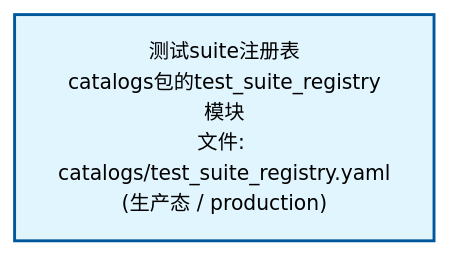
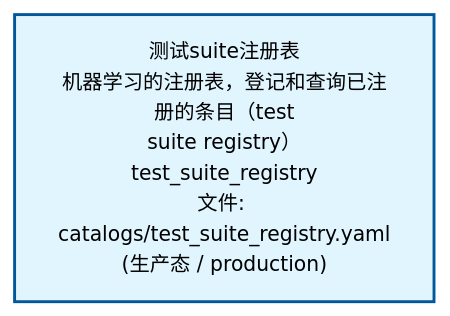
The second of 2 diagrams in docs/02_enterprise_architecture/02_domain_architecture_docs/33_d_audittest.md (xuanFelixVan/ZephyrAlpha), drawn with Mermaid before and after one commit. The commit also changed other lines of this file and 36 other files, not shown here.

````diff
--- a/docs/02_enterprise_architecture/02_domain_architecture_docs/33_d_audittest.md
+++ b/docs/02_enterprise_architecture/02_domain_architecture_docs/33_d_audittest.md
@@ -68,10 +68,10 @@
 ```mermaid
 %%{init: {'theme': 'base', 'themeVariables': {'primaryColor': '#eaeaea', 'primaryTextColor': '#333333', 'primaryBorderColor': '#666666', 'lineColor': '#666666', 'secondaryColor': '#eaeaea', 'tertiaryColor': '#eaeaea', 'fontSize': '14px'}}}%%
 flowchart TD
-    docs_01_policies_and_standards_registry_catalogs_test_suite_registry_yaml["测试suite注册表<br/>catalogs包的test_suite_registry模块<br/>文件: catalogs/test_suite_registry.yaml<br/>(生产态 / production)"]
+    docs_01_policies_and_standards_registry_catalogs_test_suite_registry_yaml["测试suite注册表<br/>机器学习的注册表，登记和查询已注册的条目（test<br/>suite registry）<br/>test_suite_registry<br/>文件: catalogs/test_suite_registry.yaml<br/>(生产态 / production)"]
     classDef production fill:#e1f5fe,stroke:#01579b,stroke-width:2px,color:#000
     classDef design fill:#fff3e0,stroke:#e65100,stroke-width:2px,color:#000,stroke-dasharray: 5 5
     classDef external_prod fill:#e8f4fd,stroke:#0277bd,stroke-width:1px,color:#000
     classDef external_design fill:#fff8e7,stroke:#ef6c00,stroke-width:1px,color:#000,stroke-dasharray: 5 5
     class docs_01_policies_and_standards_registry_catalogs_test_suite_registry_yaml production
 ```
````
